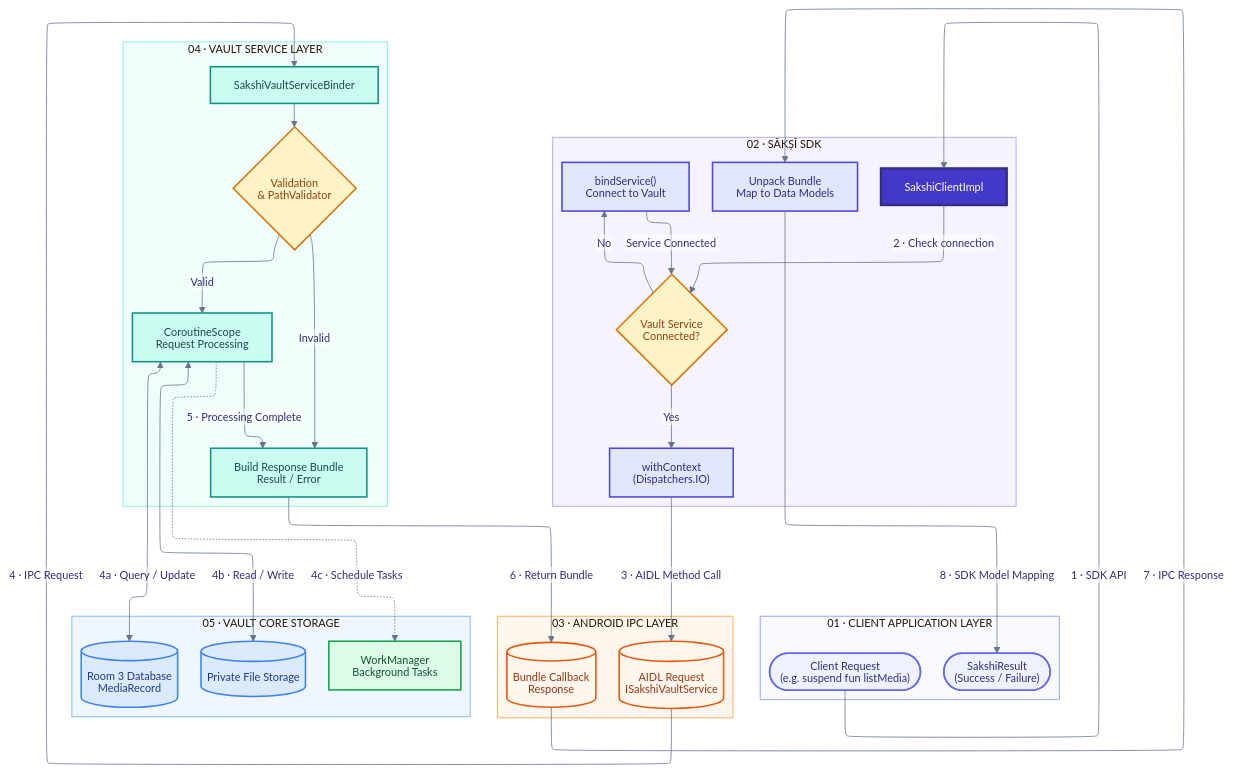
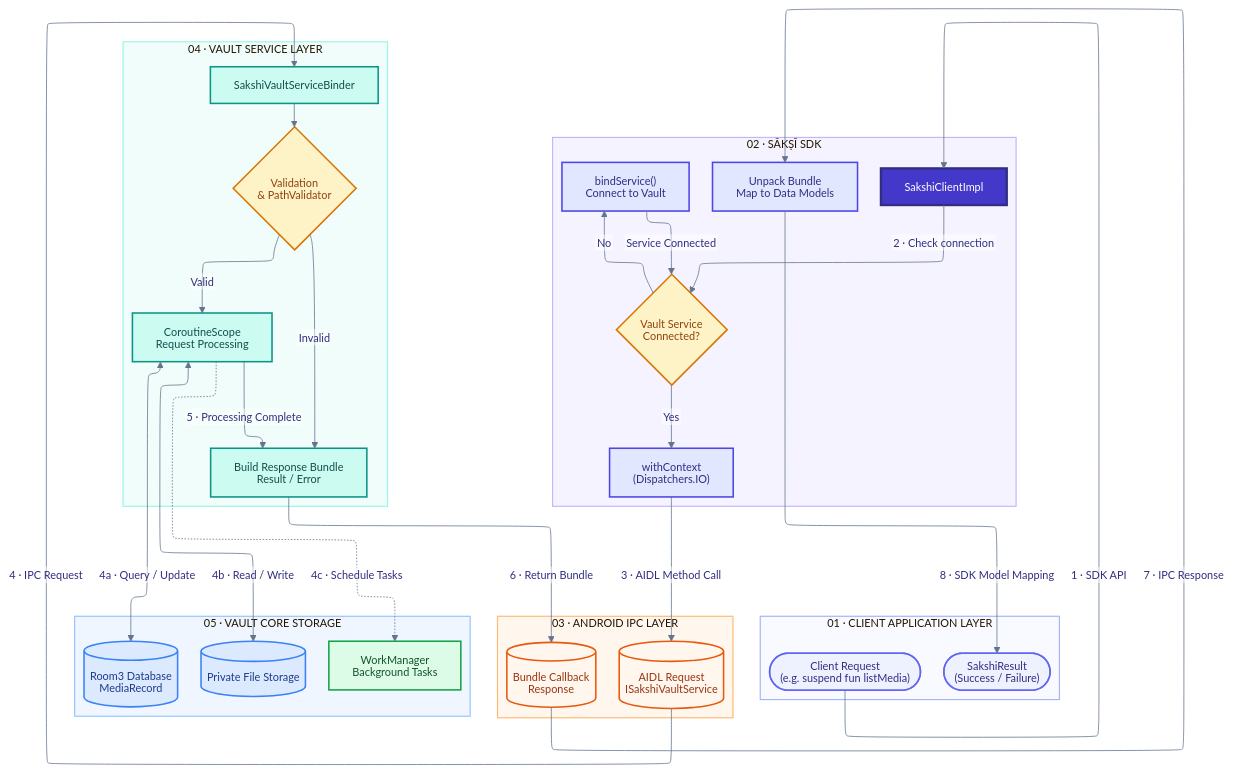
One commit to RajnishKMehta/Sakshi-All changed the diagram in 00_docs/developer-guide/concepts/architecture-flow.md. Above: the diagram before and after it, drawn with Mermaid.

Commit message:
Fix typo in database name in architecture flow doc

```diff
--- a/00_docs/developer-guide/concepts/architecture-flow.md
+++ b/00_docs/developer-guide/concepts/architecture-flow.md
@@ -74,7 +74,7 @@
     %% 5. CORE STORAGE LAYER
     subgraph StorageLayer["05 · VAULT CORE STORAGE"]
         direction LR
-        DB[("Room 3 Database<br/>MediaRecord")]
+        DB[("Room3 Database<br/>MediaRecord")]
         FileStore[("Private File Storage")]
         WorkManager["WorkManager<br/>Background Tasks"]
     end
```
